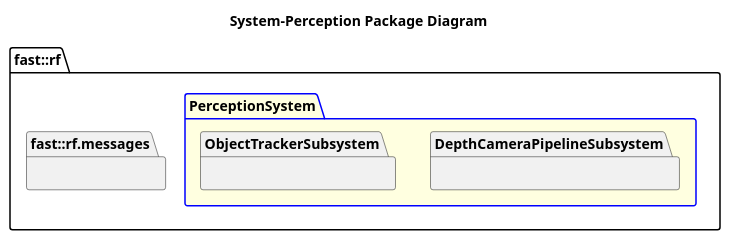
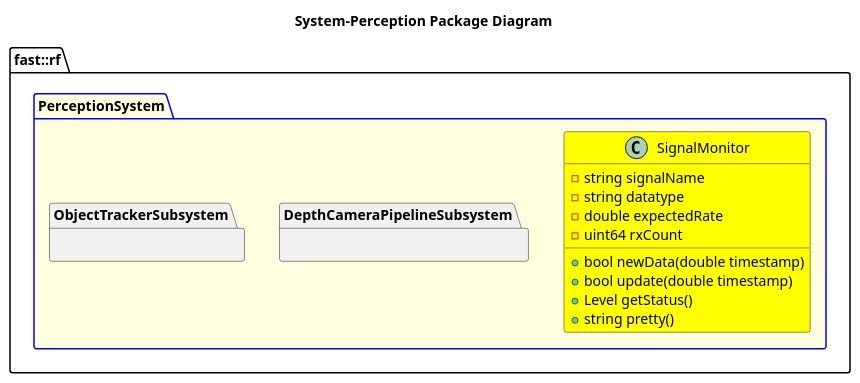
The diagram in Systems/Perception/doc/puml/SystemPerceptionPackageDiagram.puml (fastrobotics/robot_framework), drawn with PlantUML before and after one commit. The commit also changed 66 other files, not shown here.

```diff
--- a/Systems/Perception/doc/puml/SystemPerceptionPackageDiagram.puml
+++ b/Systems/Perception/doc/puml/SystemPerceptionPackageDiagram.puml
@@ -2,15 +2,24 @@
 @startuml
 title System-Perception Package Diagram
 
 namespace fast::rf {
-  namespace messages  {}
-  package PerceptionSystem #LightYellow;line:blue {
-    namespace DepthCameraPipelineSubsystem {
+    package PerceptionSystem #LightYellow;line:blue {
+        class SignalMonitor #Yellow {
+                -string signalName
+                -string datatype
+                -double expectedRate
+                -uint64 rxCount
+                +bool newData(double timestamp)
+                +bool update(double timestamp)
+                +Level getStatus()
+                +string pretty()
+        }
+        namespace DepthCameraPipelineSubsystem {
 
+        }
+        namespace ObjectTrackerSubsystem {
+        
+        }
     }
-    namespace ObjectTrackerSubsystem {
-        
-    }
-  }
 }
 @enduml
```
